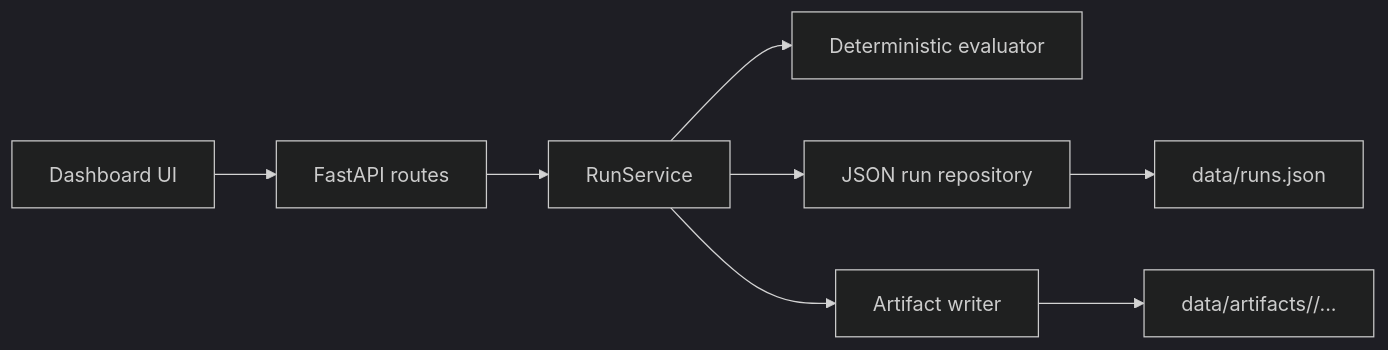
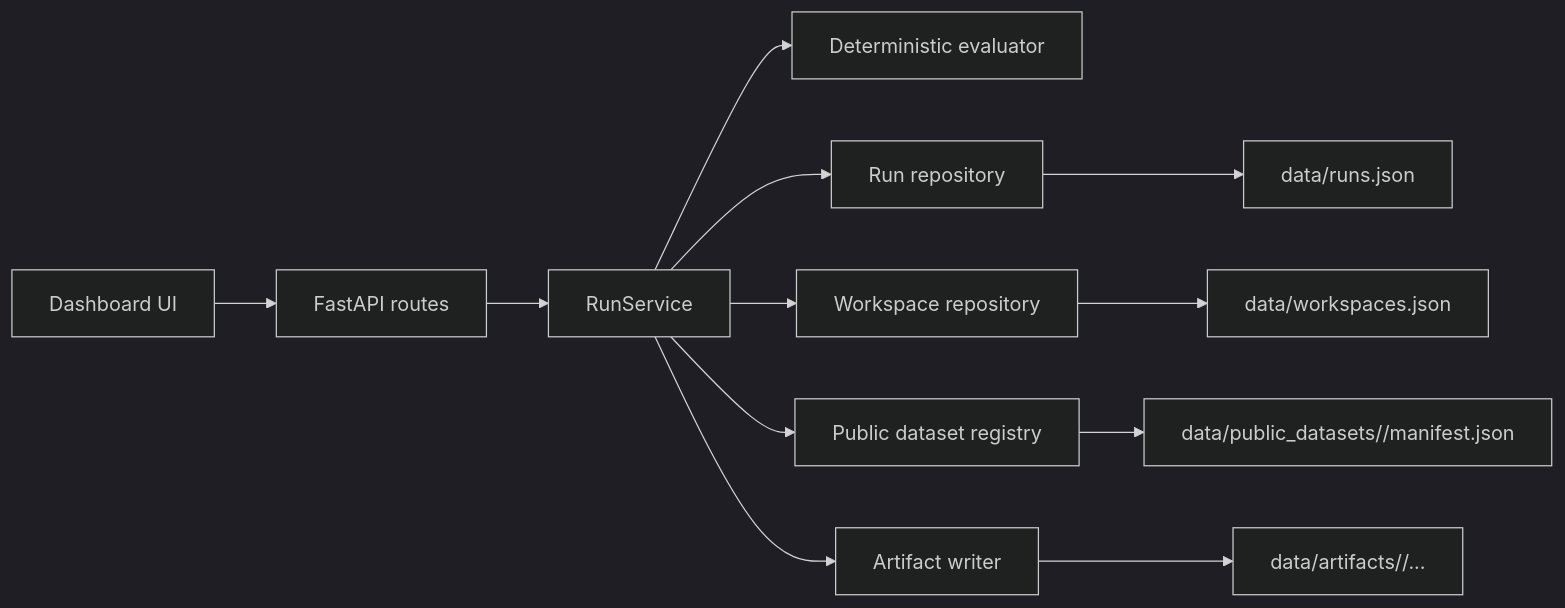
Before and after one commit to fatimmajumder/re-amp-audio-eval: the diagram in README.md, drawn with Mermaid (dark theme). The commit also changed other lines of this file and 16 other files, not shown here.

Commit message:
Expand RE-AMP with datasets and workspaces

````diff
--- a/README.md
+++ b/README.md
@@ -54,10 +65,14 @@
 ```mermaid
 flowchart LR
     A["Dashboard UI"] --> B["FastAPI routes"]
     B --> C["RunService"]
     C --> D["Deterministic evaluator"]
-    C --> E["JSON run repository"]
-    C --> F["Artifact writer"]
-    E --> G["data/runs.json"]
-    F --> H["data/artifacts/<run_id>/..."]
+    C --> E["Run repository"]
+    C --> F["Workspace repository"]
+    C --> G["Public dataset registry"]
+    C --> H["Artifact writer"]
+    E --> I["data/runs.json"]
+    F --> J["data/workspaces.json"]
+    G --> K["data/public_datasets/<dataset_id>/manifest.json"]
+    H --> L["data/artifacts/<run_id>/..."]
 ```
````
